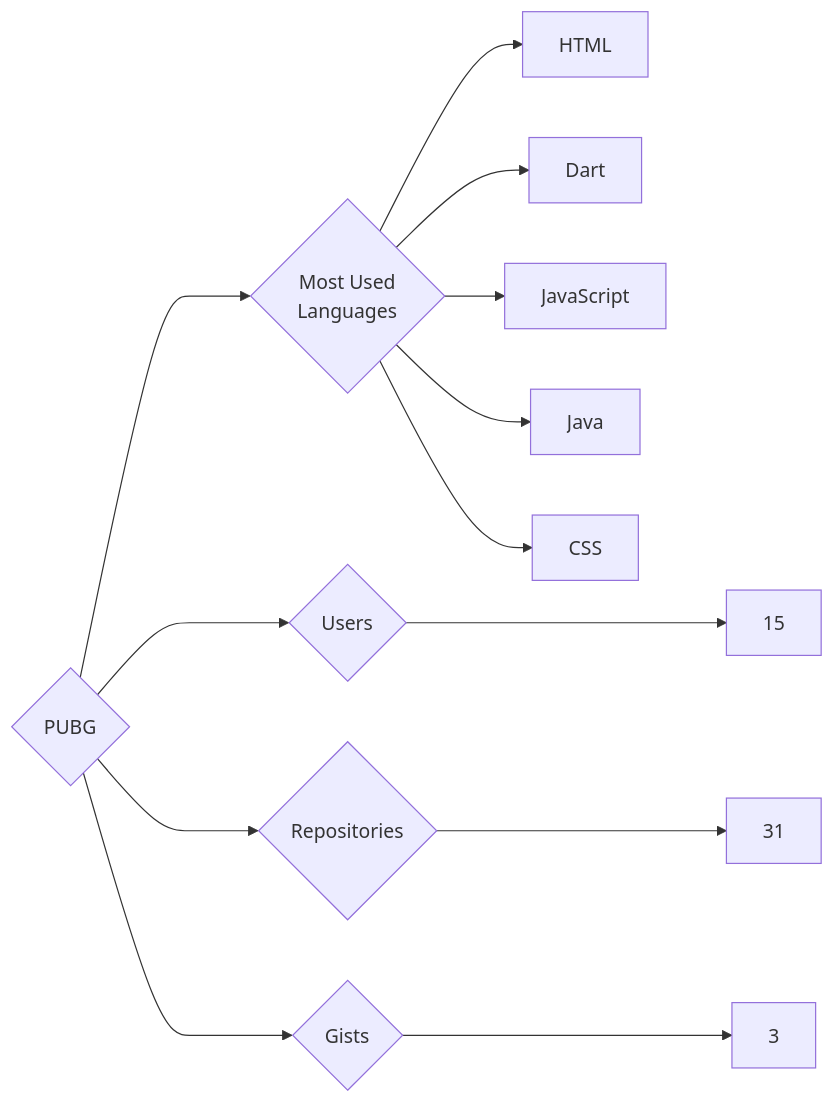
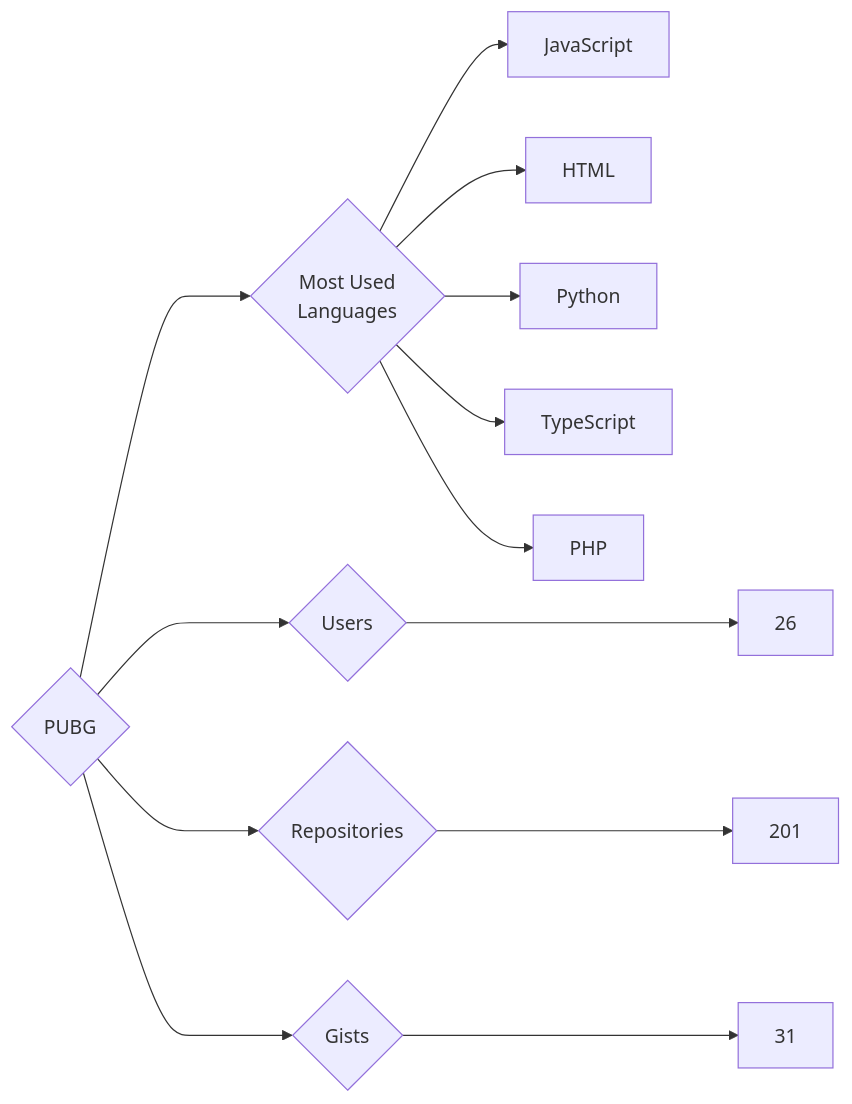
Before and after one commit to trickest/insiders: the diagram in targets/PUBG/README.md, drawn with Mermaid. The commit also changed 1011 other files, not shown here.

````diff
--- a/targets/PUBG/README.md
+++ b/targets/PUBG/README.md
@@ -3,13 +3,13 @@
 ```mermaid
 graph LR
 COMPANY_NAME{PUBG}
-COMPANY_NAME ---> U{Users} ---> UN[15]
-COMPANY_NAME ---> R{Repositories} ---> RN[31]
-COMPANY_NAME ---> G{Gists} ---> GN[3]
+COMPANY_NAME ---> U{Users} ---> UN[26]
+COMPANY_NAME ---> R{Repositories} ---> RN[201]
+COMPANY_NAME ---> G{Gists} ---> GN[31]
 COMPANY_NAME ---> ML{Most Used<br>Languages}
+ML --> JavaScript[JavaScript]
 ML --> HTML[HTML]
-ML --> Dart[Dart]
-ML --> JavaScript[JavaScript]
-ML --> Java[Java]
-ML --> CSS[CSS]
+ML --> Python[Python]
+ML --> TypeScript[TypeScript]
+ML --> PHP[PHP]
 ```
````
